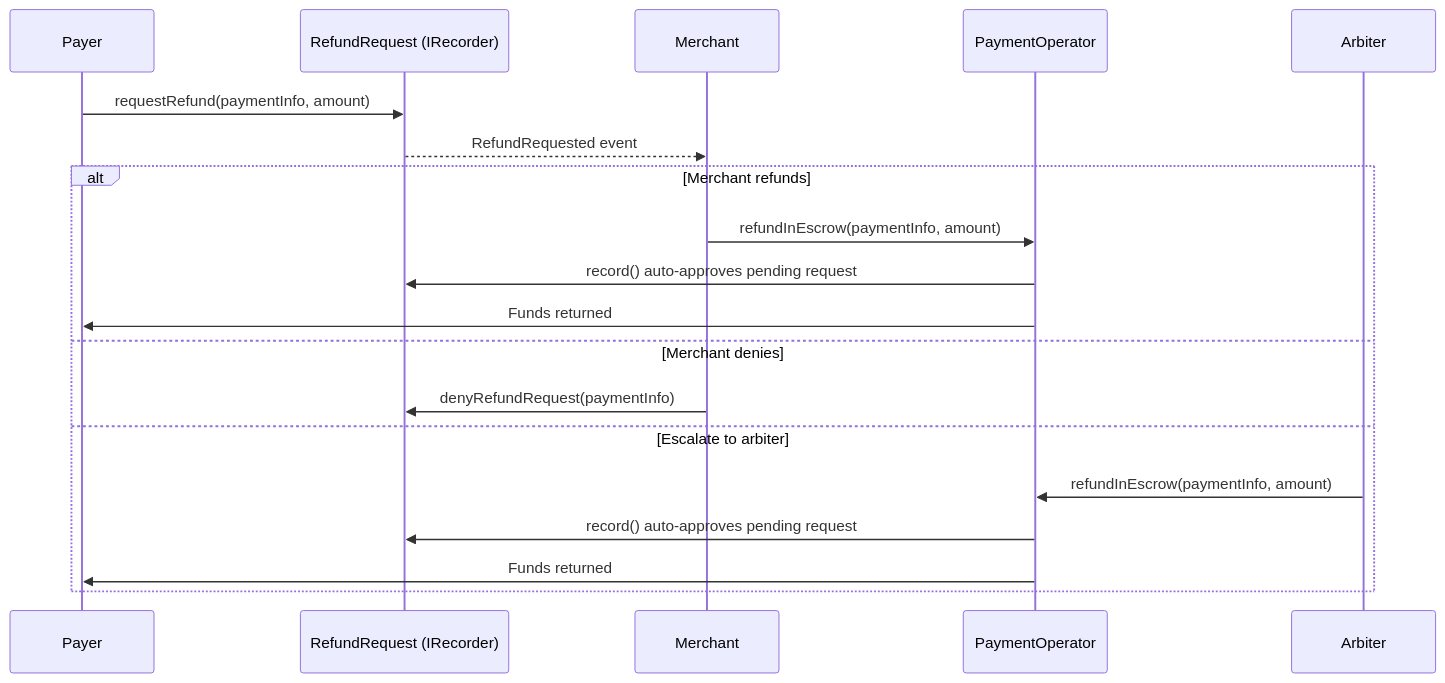
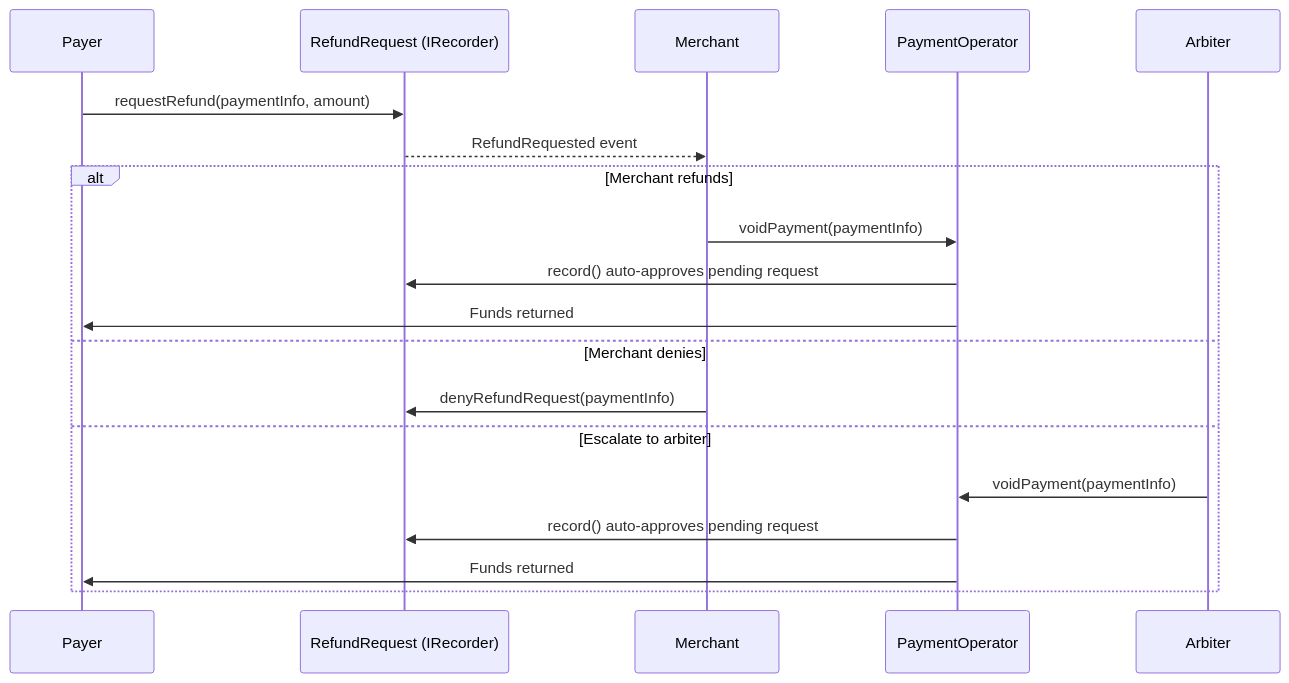
Before and after one commit to BackTrackCo/docs: the second of 3 diagrams in sdk/concepts.mdx, drawn with Mermaid. The commit also changed other lines of this file and 31 other files, not shown here.

````diff
--- a/sdk/concepts.mdx
+++ b/sdk/concepts.mdx
@@ -105,23 +105,23 @@
 ```mermaid
 sequenceDiagram
     participant P as Payer
     participant R as RefundRequest (IRecorder)
     participant M as Merchant
     participant O as PaymentOperator
     participant A as Arbiter
 
     P->>R: requestRefund(paymentInfo, amount)
     R-->>M: RefundRequested event
 
     alt Merchant refunds
-        M->>O: refundInEscrow(paymentInfo, amount)
+        M->>O: voidPayment(paymentInfo)
         O->>R: record() auto-approves pending request
         O->>P: Funds returned
     else Merchant denies
         M->>R: denyRefundRequest(paymentInfo)
     else Escalate to arbiter
-        A->>O: refundInEscrow(paymentInfo, amount)
+        A->>O: voidPayment(paymentInfo)
         O->>R: record() auto-approves pending request
         O->>P: Funds returned
     end
 ```
````
